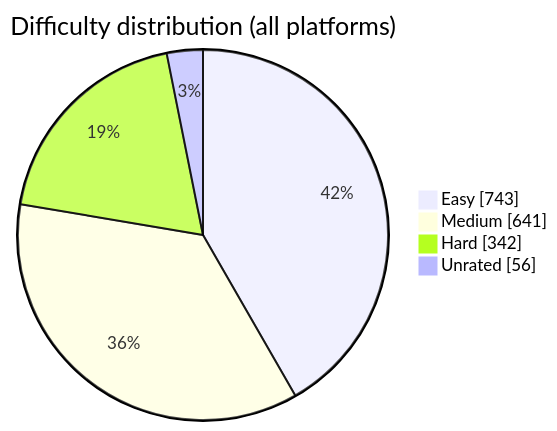
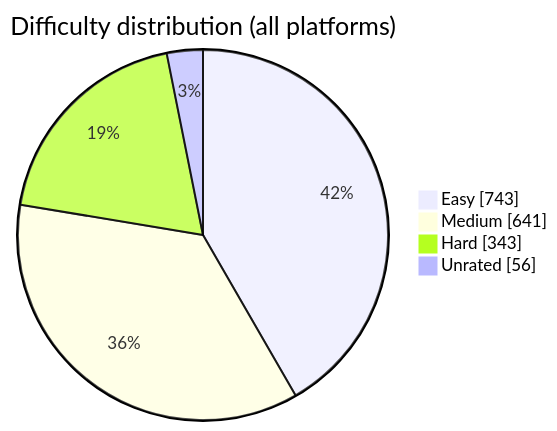
The diagram in README.md (BuildbyArindam/Daily-Coding-Log), drawn with Mermaid before and after one commit. The commit also changed other lines of this file, not shown here.

````diff
--- a/README.md
+++ b/README.md
@@ -108,7 +108,7 @@
 ```mermaid
 pie showData title Difficulty distribution (all platforms)
     "Easy" : 743
     "Medium" : 641
-    "Hard" : 342
+    "Hard" : 343
     "Unrated" : 56
 ```
````
